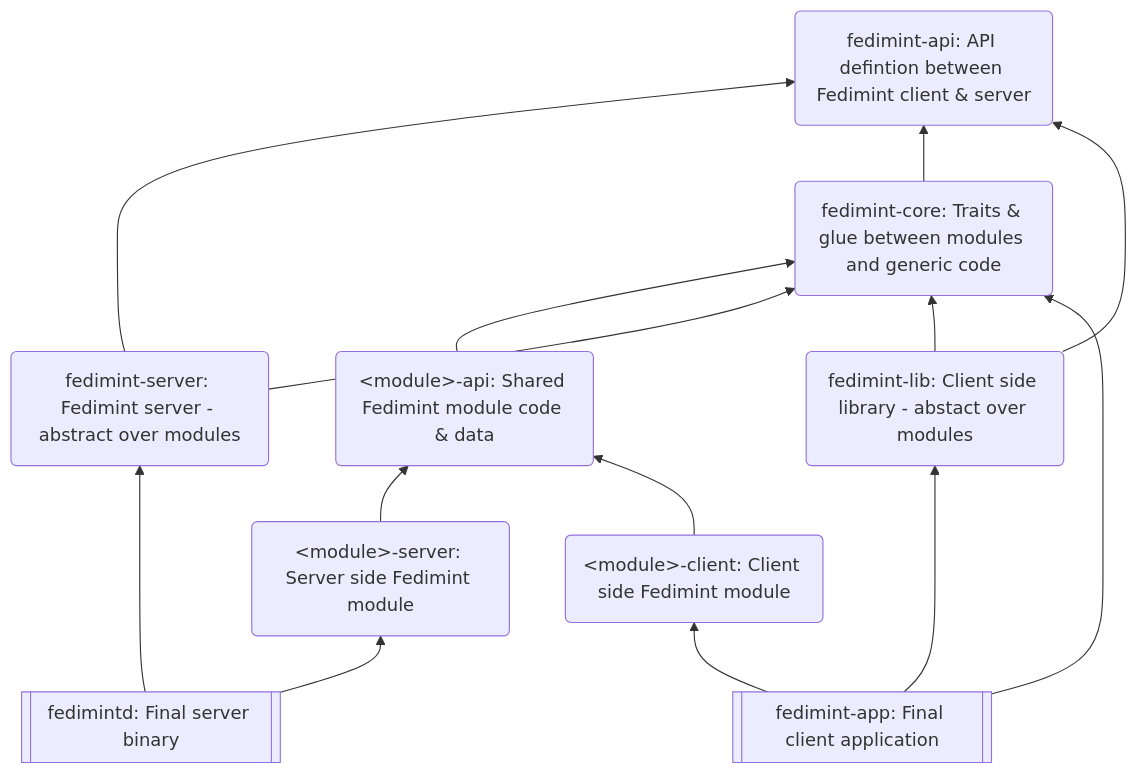
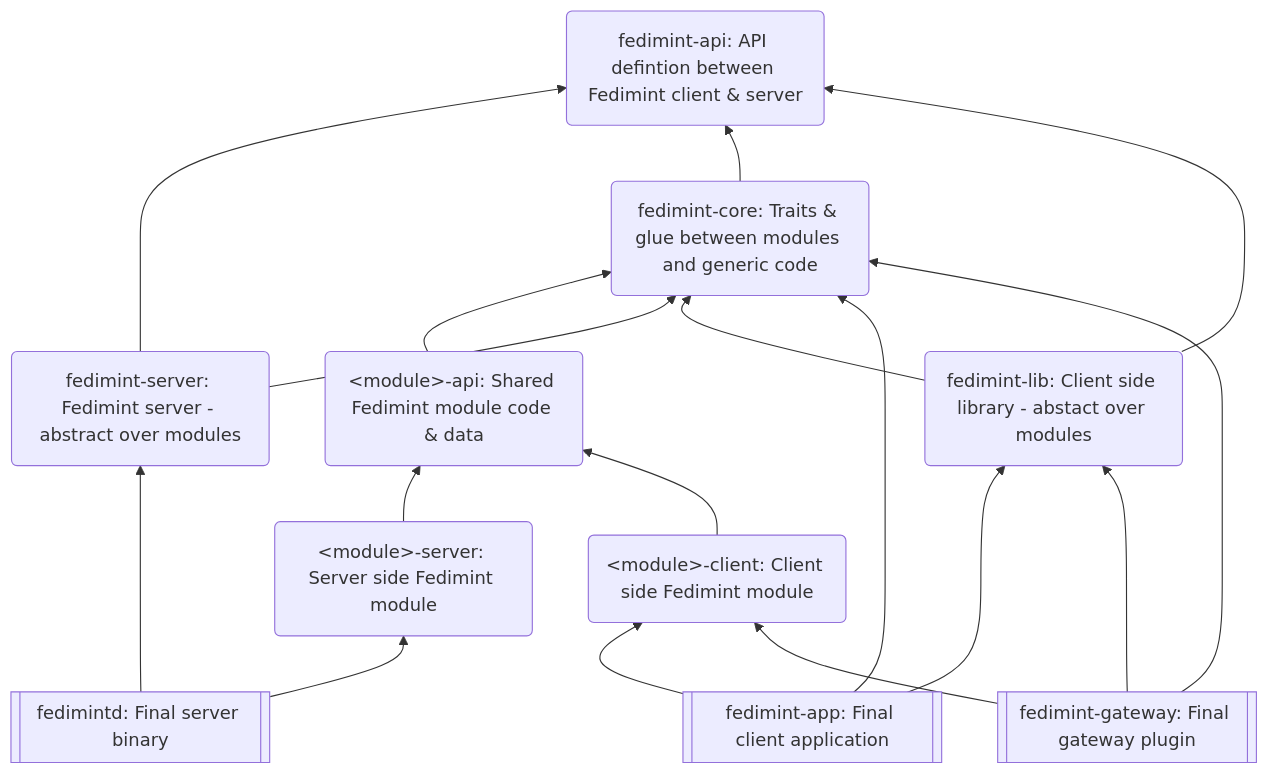
The diagram in docs/modular-architecture.md (fedimint/fedimint), drawn with Mermaid before and after one commit.

Commit message:
propose modular gateway plugin

````diff
--- a/docs/modular-architecture.md
+++ b/docs/modular-architecture.md
@@ -5,29 +5,33 @@
 ```mermaid
 flowchart BT;
     fedimintd[[fedimintd: Final server binary]]
     fedimint-server(fedimint-server: Fedimint server - abstract over modules)
     fedimint-app[[fedimint-app: Final client application]]
+    gateway-plugin[[fedimint-gateway: Final gateway plugin]]
     fedimint-core(fedimint-core: Traits & glue between modules and generic code)
     fedimint-api(fedimint-api: API defintion between Fedimint client & server)
     fedimint-lib(fedimint-lib: Client side library - abstact over modules)
 
     module-api("&lt;module>-api: Shared Fedimint module code & data")
     module-client("&lt;module>-client: Client side Fedimint module")
     module-server("&lt;module>-server: Server side Fedimint module")
     
     module-server-->module-api
     module-api-->fedimint-core
 
     fedimint-server-->fedimint-api
     fedimint-server-->fedimint-core
     fedimint-core-->fedimint-api
     fedimintd-->module-server
     fedimintd-->fedimint-server
 
     module-client-->module-api
     fedimint-lib-->fedimint-core
     fedimint-lib-->fedimint-api
     fedimint-app-->module-client
     fedimint-app-->fedimint-lib  
     fedimint-app-->fedimint-core
+    gateway-plugin-->module-client
+    gateway-plugin-->fedimint-lib
+    gateway-plugin-->fedimint-core
 ```
````
